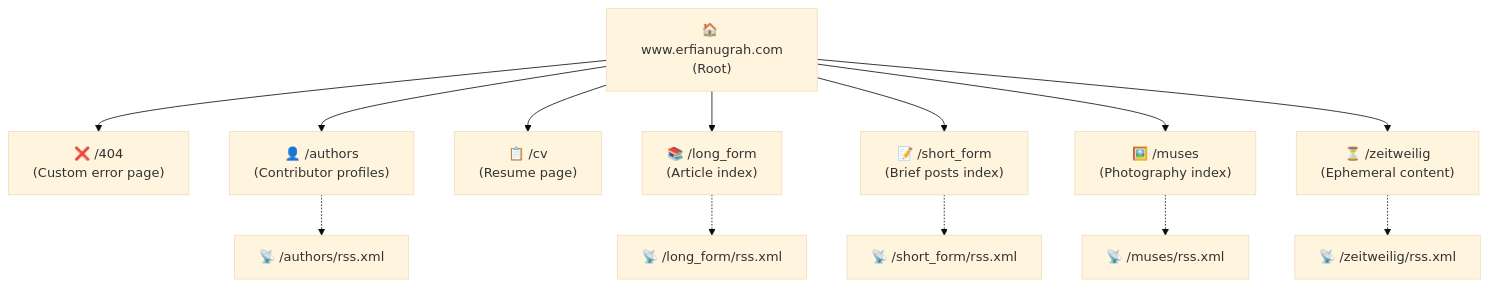
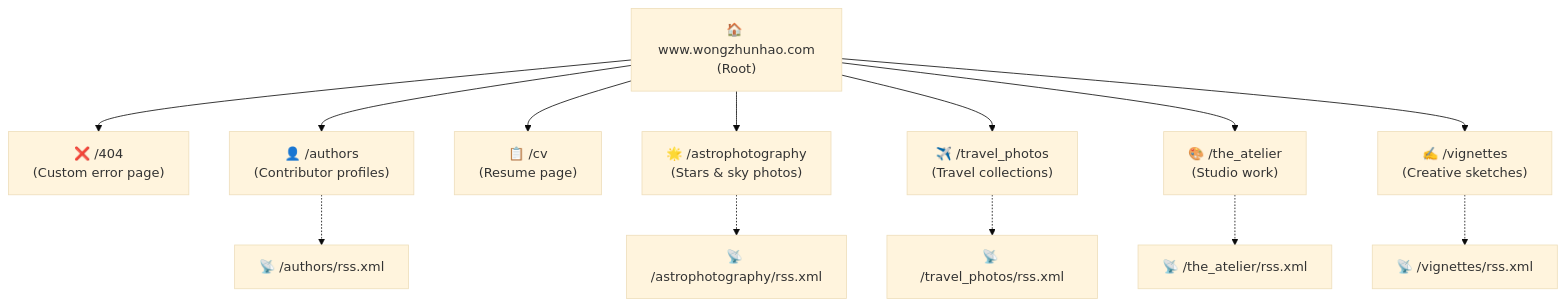
One commit to ZhunHao/my-website changed the seventh of 9 diagrams in README.md. Above: the diagram before and after it, drawn with Mermaid (base theme). The commit also changed other lines of this file, not shown here.

Commit message:
feat: Update README to reflect new content structure and categories for photography portfolio

````diff
--- a/README.md
+++ b/README.md
@@ -339,16 +336,16 @@
 ```mermaid
 graph TD
-    A["🏠 www.erfianugrah.com<br>(Root)"] --> B["❌ /404<br>(Custom error page)"]
+    A["🏠 www.wongzhunhao.com<br>(Root)"] --> B["❌ /404<br>(Custom error page)"]
     A --> C["👤 /authors<br>(Contributor profiles)"]
     A --> D["📋 /cv<br>(Resume page)"]
-    A --> E["📚 /long_form<br>(Article index)"]
-    A --> F["📝 /short_form<br>(Brief posts index)"]
-    A --> G["🖼️ /muses<br>(Photography index)"]
-    A --> H["⏳ /zeitweilig<br>(Ephemeral content)"]
+    A --> E["🌟 /astrophotography<br>(Stars & sky photos)"]
+    A --> F["✈️ /travel_photos<br>(Travel collections)"]
+    A --> G["🎨 /the_atelier<br>(Studio work)"]
+    A --> H["✍️ /vignettes<br>(Creative sketches)"]
 
     C -.-> C0["📡 /authors/rss.xml"]
-    E -.-> E0["📡 /long_form/rss.xml"]
-    F -.-> F0["📡 /short_form/rss.xml"]
-    G -.-> G0["📡 /muses/rss.xml"]
-    H -.-> H0["📡 /zeitweilig/rss.xml"]
+    E -.-> E0["📡 /astrophotography/rss.xml"]
+    F -.-> F0["📡 /travel_photos/rss.xml"]
+    G -.-> G0["📡 /the_atelier/rss.xml"]
+    H -.-> H0["📡 /vignettes/rss.xml"]
 ```
````
